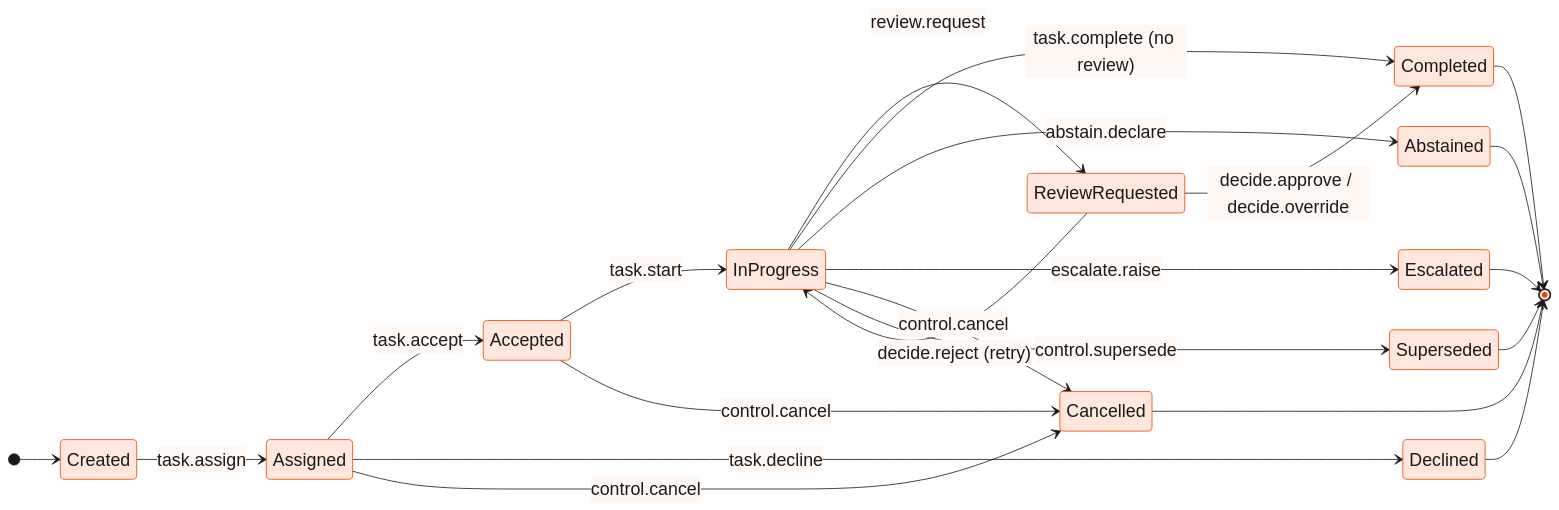
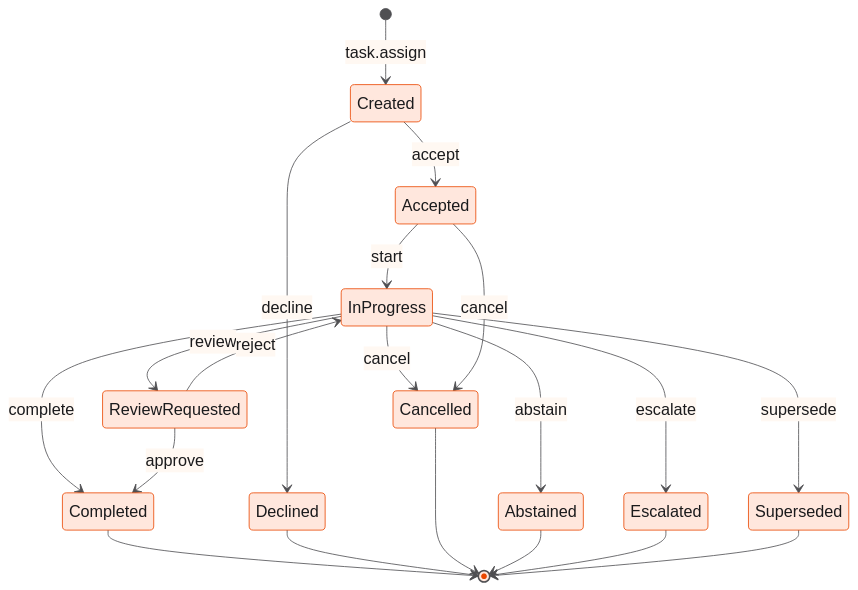
One commit to BrightbeamAI/chap changed the third of 9 diagrams in ARCHITECTURE.md. Above: the diagram before and after it, drawn with Mermaid. The commit also changed other lines of this file and 14 other files, not shown here.

````diff
--- a/ARCHITECTURE.md
+++ b/ARCHITECTURE.md
@@ -140,42 +137,40 @@
 ```mermaid
 %%{init: {
   "theme": "base",
   "themeVariables": {
-    "fontSize": "22px",
+    "fontSize": "20px",
     "fontFamily": "Arial, Helvetica, sans-serif",
     "primaryColor": "#FFE7DD",
     "primaryTextColor": "#1a1a1c",
     "primaryBorderColor": "#EA4700",
     "secondaryColor": "#FFF8F2",
     "secondaryTextColor": "#1a1a1c",
     "secondaryBorderColor": "#1a1a1c",
     "tertiaryColor": "#FFF8F2",
     "tertiaryTextColor": "#1a1a1c",
     "tertiaryBorderColor": "#1a1a1c",
-    "lineColor": "#1a1a1c"
+    "lineColor": "#4f4f52"
   }
 }}%%
 stateDiagram-v2
-    direction LR
-    [*] --> Created
-    Created --> Assigned: task.assign
-    Assigned --> Accepted: task.accept
-    Assigned --> Declined:  task.decline
-    Accepted --> InProgress: task.start
-    InProgress --> ReviewRequested: review.request
-    InProgress --> Completed: task.complete (no review)
-    ReviewRequested --> Completed: decide.approve / decide.override
-    ReviewRequested --> InProgress: decide.reject (retry)
-    InProgress --> Abstained: abstain.declare
-    InProgress --> Escalated: escalate.raise
-    InProgress --> Cancelled: control.cancel
-    Accepted    --> Cancelled: control.cancel
-    Assigned    --> Cancelled: control.cancel
-    InProgress  --> Superseded: control.supersede
-    Completed   --> [*]
-    Declined    --> [*]
-    Cancelled   --> [*]
-    Abstained   --> [*]
-    Escalated   --> [*]
-    Superseded  --> [*]
+    direction TB
+    [*] --> Created : task.assign
+    Created --> Accepted : accept
+    Created --> Declined : decline
+    Accepted --> InProgress : start
+    InProgress --> ReviewRequested : review
+    InProgress --> Completed : complete
+    ReviewRequested --> Completed : approve
+    ReviewRequested --> InProgress : reject
+    InProgress --> Abstained : abstain
+    InProgress --> Escalated : escalate
+    InProgress --> Cancelled : cancel
+    Accepted --> Cancelled : cancel
+    InProgress --> Superseded : supersede
+    Completed --> [*]
+    Declined --> [*]
+    Cancelled --> [*]
+    Abstained --> [*]
+    Escalated --> [*]
+    Superseded --> [*]
 ```
````
